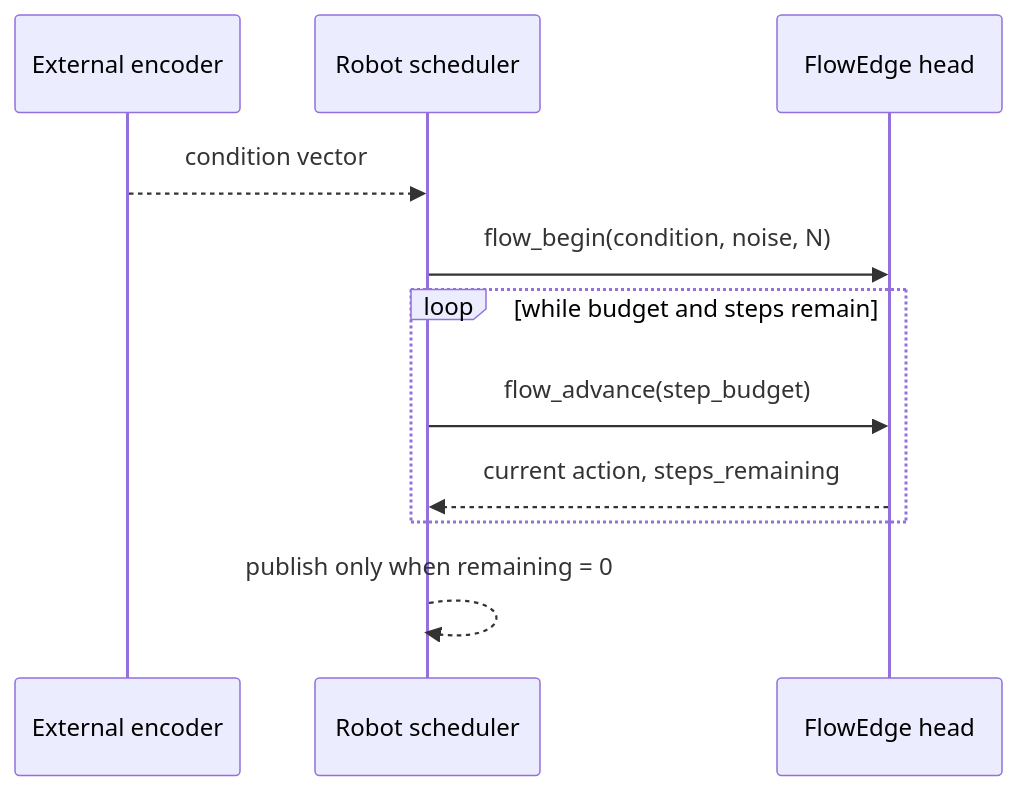
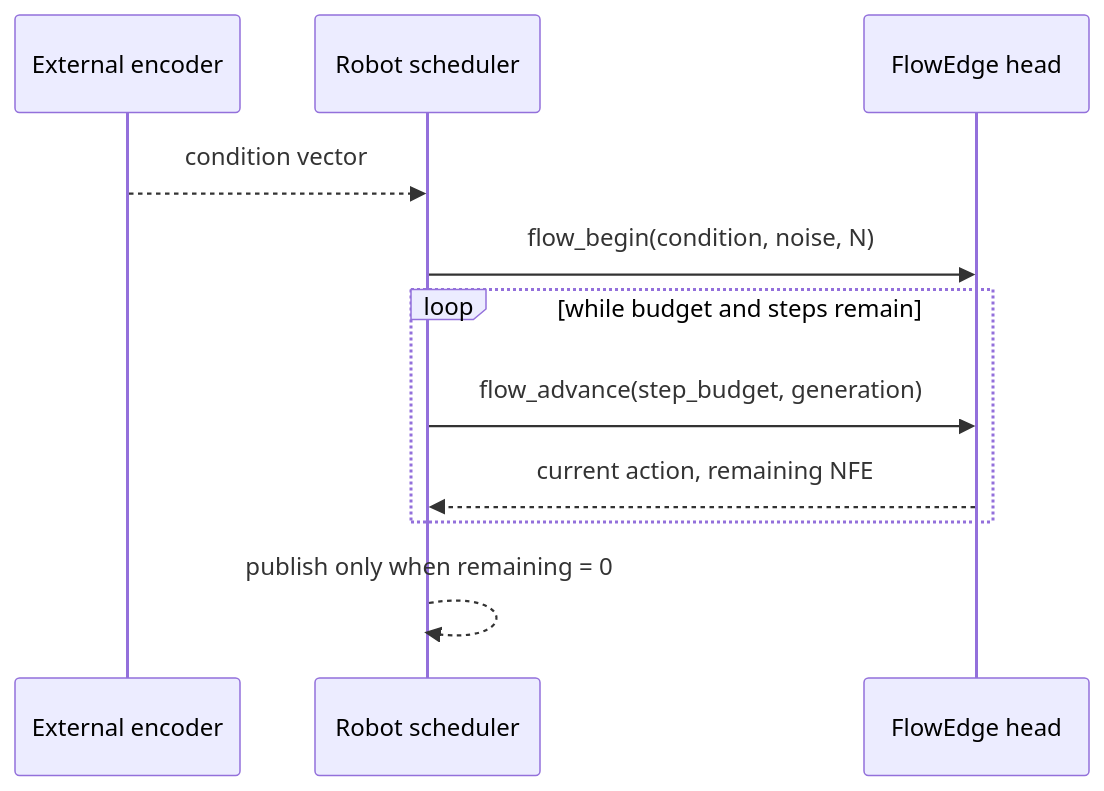
Before and after one commit to elprofesoriqo/FlowEdge: the diagram in docs/architecture/cooperative-execution.md, drawn with Mermaid. The commit also changed other lines of this file and 24 other files, not shown here.

````diff
--- a/docs/architecture/cooperative-execution.md
+++ b/docs/architecture/cooperative-execution.md
@@ -10,13 +10,13 @@
 ```{mermaid}
 sequenceDiagram
   participant E as External encoder
   participant R as Robot scheduler
   participant F as FlowEdge head
   E-->>R: condition vector
   R->>F: flow_begin(condition, noise, N)
   loop while budget and steps remain
-    R->>F: flow_advance(step_budget)
-    F-->>R: current action, steps_remaining
+    R->>F: flow_advance(step_budget, generation)
+    F-->>R: current action, remaining NFE
   end
   R-->>R: publish only when remaining = 0
 ```
````
